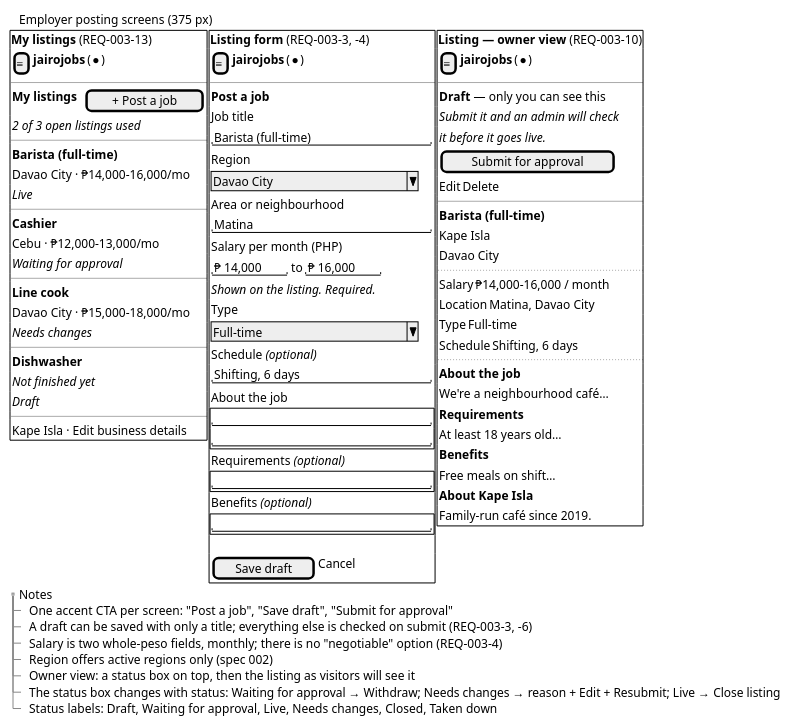
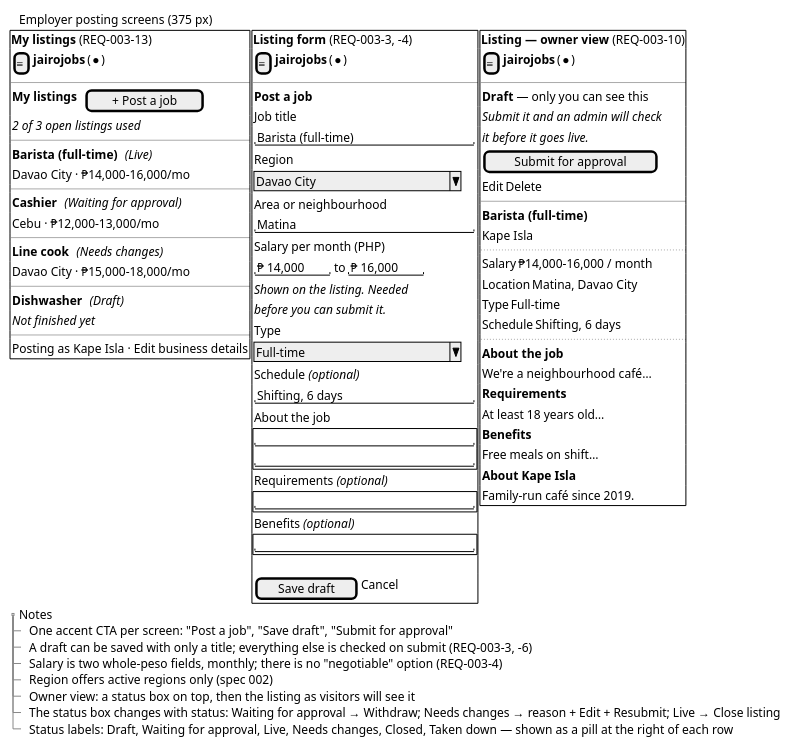
One commit to raseniero/jairojobs-elixir changed the diagram in docs/specs/003-listings-employer-posting/diagrams/wireframe-posting.puml. Above: the diagram before and after it, drawn with PlantUML. The commit also changed 14 other files, not shown here.

Commit message:
docs: bring spec 001-003 diagrams in line with the app

```diff
--- a/docs/specs/003-listings-employer-posting/diagrams/wireframe-posting.puml
+++ b/docs/specs/003-listings-employer-posting/diagrams/wireframe-posting.puml
@@ -1,100 +1,96 @@
 @startsalt wireframe-posting
 ' Spec 003 — employer posting screens at phone width (REQ-003-3, -4, -10, -13).
 ' Wireframe only — not a visual design.
 
 {
   {T
     + Employer posting screens (375 px)
   }
   {
     {+ <b>My listings</b> (REQ-003-13)
       { [≡] | <b>jairojobs</b> | (●) }
       --
       { <b>My listings</b> | . | [ + Post a job ] }
       { <i>2 of 3 open listings used</i> }
       --
-      { <b>Barista (full-time)</b> }
+      { <b>Barista (full-time)</b> | . | <i>(Live)</i> }
       { Davao City · ₱14,000–16,000/mo }
-      { <i>Live</i> }
       --
-      { <b>Cashier</b> }
+      { <b>Cashier</b> | . | <i>(Waiting for approval)</i> }
       { Cebu · ₱12,000–13,000/mo }
-      { <i>Waiting for approval</i> }
       --
-      { <b>Line cook</b> }
+      { <b>Line cook</b> | . | <i>(Needs changes)</i> }
       { Davao City · ₱15,000–18,000/mo }
-      { <i>Needs changes</i> }
       --
-      { <b>Dishwasher</b> }
+      { <b>Dishwasher</b> | . | <i>(Draft)</i> }
       { <i>Not finished yet</i> }
-      { <i>Draft</i> }
       --
-      { Kape Isla · Edit business details }
+      { Posting as Kape Isla · Edit business details }
     } |
     {+ <b>Listing form</b> (REQ-003-3, -4)
       { [≡] | <b>jairojobs</b> | (●) }
       --
       { <b>Post a job</b> }
       { Job title }
       { "Barista (full-time)        " }
       { Region }
       { ^Davao City              ^ }
       { Area or neighbourhood }
       { "Matina                     " }
       { Salary per month (PHP) }
       { "₱ 14,000 " | to | "₱ 16,000 " }
-      { <i>Shown on the listing. Required.</i> }
+      { <i>Shown on the listing. Needed</i> }
+      { <i>before you can submit it.</i> }
       { Type }
       { ^Full-time               ^ }
       { Schedule <i>(optional)</i> }
       { "Shifting, 6 days           " }
       { About the job }
       {+ "                           "
          "                           " }
       { Requirements <i>(optional)</i> }
       {+ "                           " }
       { Benefits <i>(optional)</i> }
       {+ "                           " }
       .
       { [ Save draft ] | Cancel }
     } |
     {+ <b>Listing — owner view</b> (REQ-003-10)
       { [≡] | <b>jairojobs</b> | (●) }
       --
       { <b>Draft</b> — only you can see this }
       { <i>Submit it and an admin will check</i> }
       { <i>it before it goes live.</i> }
       { [ Submit for approval ] }
       { Edit | Delete }
       --
       { <b>Barista (full-time)</b> }
       { Kape Isla }
-      { Davao City }
       ..
       { Salary | ₱14,000–16,000 / month }
       { Location | Matina, Davao City }
       { Type | Full-time }
       { Schedule | Shifting, 6 days }
       ..
       { <b>About the job</b> }
       { We're a neighbourhood café… }
       { <b>Requirements</b> }
       { At least 18 years old… }
       { <b>Benefits</b> }
       { Free meals on shift… }
       { <b>About Kape Isla</b> }
       { Family-run café since 2019. }
     }
   }
   {T
     + Notes
     ++ One accent CTA per screen: "Post a job", "Save draft", "Submit for approval"
     ++ A draft can be saved with only a title; everything else is checked on submit (REQ-003-3, -6)
     ++ Salary is two whole-peso fields, monthly; there is no "negotiable" option (REQ-003-4)
     ++ Region offers active regions only (spec 002)
     ++ Owner view: a status box on top, then the listing as visitors will see it
     ++ The status box changes with status: Waiting for approval → Withdraw; Needs changes → reason + Edit + Resubmit; Live → Close listing
-    ++ Status labels: Draft, Waiting for approval, Live, Needs changes, Closed, Taken down
+    ++ Status labels: Draft, Waiting for approval, Live, Needs changes, Closed, Taken down — shown as a pill at the right of each row
   }
 }
 @endsalt
```
